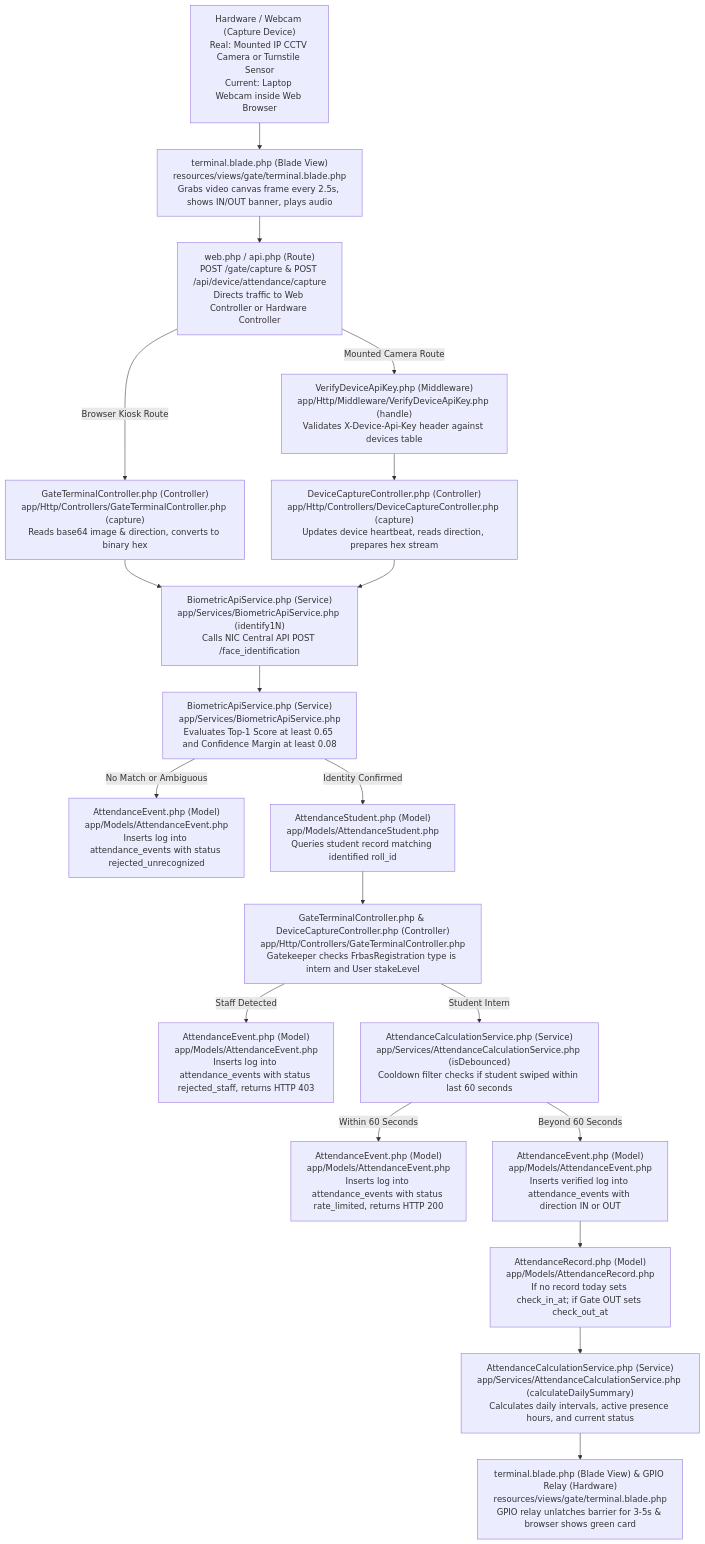
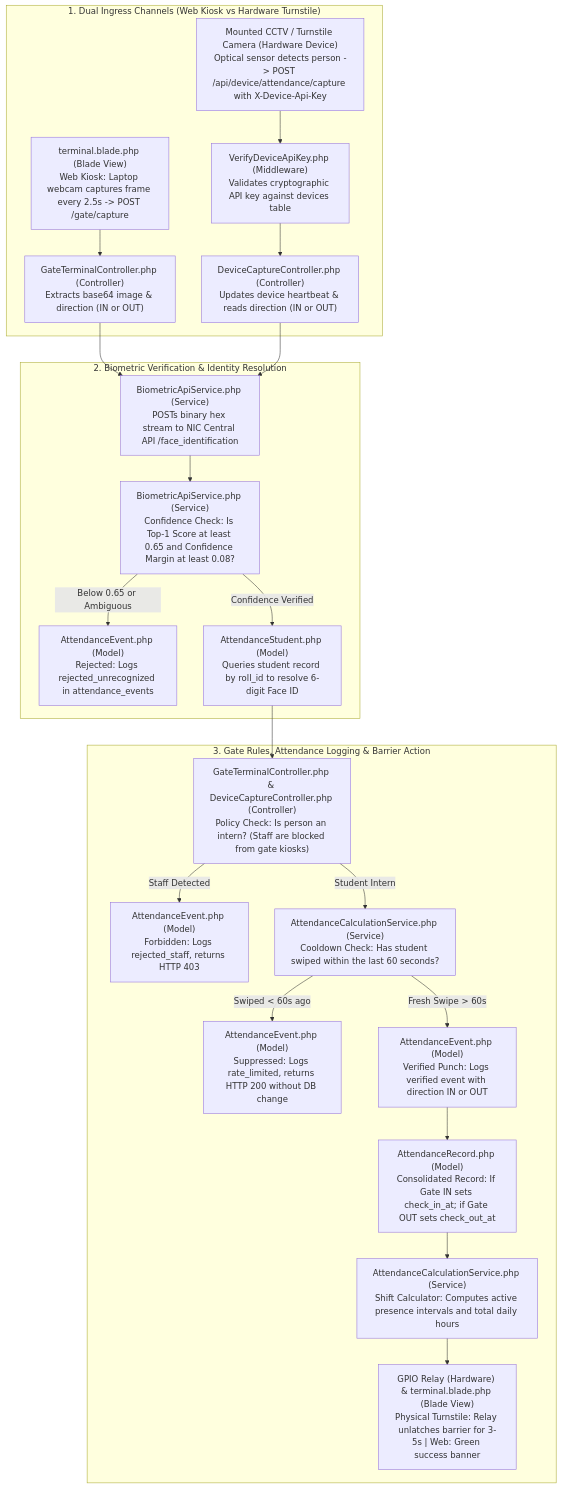
Before and after one commit to tanmayjoddar/dfd: the first of 8 diagrams in dfd.md, drawn with Mermaid. The commit also changed other lines of this file, not shown here.

````diff
--- a/dfd.md
+++ b/dfd.md
@@ -28,40 +33,56 @@
 ```mermaid
 flowchart TD
-    Step1["Hardware / Webcam (Capture Device)<br>Real: Mounted IP CCTV Camera or Turnstile Sensor<br>Current: Laptop Webcam inside Web Browser"]
-    Step2["terminal.blade.php (Blade View)<br>resources/views/gate/terminal.blade.php<br>Grabs video canvas frame every 2.5s, shows IN/OUT banner, plays audio"]
-    Step3["web.php / api.php (Route)<br>POST /gate/capture & POST /api/device/attendance/capture<br>Directs traffic to Web Controller or Hardware Controller"]
-    Step4A["GateTerminalController.php (Controller)<br>app/Http/Controllers/GateTerminalController.php (capture)<br>Reads base64 image & direction, converts to binary hex"]
-    Step4B["VerifyDeviceApiKey.php (Middleware)<br>app/Http/Middleware/VerifyDeviceApiKey.php (handle)<br>Validates X-Device-Api-Key header against devices table"]
-    Step4C["DeviceCaptureController.php (Controller)<br>app/Http/Controllers/DeviceCaptureController.php (capture)<br>Updates device heartbeat, reads direction, prepares hex stream"]
-    Step5["BiometricApiService.php (Service)<br>app/Services/BiometricApiService.php (identify1N)<br>Calls NIC Central API POST /face_identification"]
-    Step6["BiometricApiService.php (Service)<br>app/Services/BiometricApiService.php<br>Evaluates Top-1 Score at least 0.65 and Confidence Margin at least 0.08"]
-    Step7A["AttendanceEvent.php (Model)<br>app/Models/AttendanceEvent.php<br>Inserts log into attendance_events with status rejected_unrecognized"]
-    Step7B["AttendanceStudent.php (Model)<br>app/Models/AttendanceStudent.php<br>Queries student record matching identified roll_id"]
-    Step8["GateTerminalController.php & DeviceCaptureController.php (Controller)<br>app/Http/Controllers/GateTerminalController.php<br>Gatekeeper checks FrbasRegistration type is intern and User stakeLevel"]
-    Step8A["AttendanceEvent.php (Model)<br>app/Models/AttendanceEvent.php<br>Inserts log into attendance_events with status rejected_staff, returns HTTP 403"]
-    Step9["AttendanceCalculationService.php (Service)<br>app/Services/AttendanceCalculationService.php (isDebounced)<br>Cooldown filter checks if student swiped within last 60 seconds"]
-    Step9A["AttendanceEvent.php (Model)<br>app/Models/AttendanceEvent.php<br>Inserts log into attendance_events with status rate_limited, returns HTTP 200"]
-    Step10["AttendanceEvent.php (Model)<br>app/Models/AttendanceEvent.php<br>Inserts verified log into attendance_events with direction IN or OUT"]
-    Step11["AttendanceRecord.php (Model)<br>app/Models/AttendanceRecord.php<br>If no record today sets check_in_at; if Gate OUT sets check_out_at"]
-    Step12["AttendanceCalculationService.php (Service)<br>app/Services/AttendanceCalculationService.php (calculateDailySummary)<br>Calculates daily intervals, active presence hours, and current status"]
-    Step13["terminal.blade.php (Blade View) & GPIO Relay (Hardware)<br>resources/views/gate/terminal.blade.php<br>GPIO relay unlatches barrier for 3-5s & browser shows green card"]
+    %% INGRESS CHANNELS (WEB vs HARDWARE)
+    subgraph INGRESS["1. Dual Ingress Channels (Web Kiosk vs Hardware Turnstile)"]
+        In_Web["terminal.blade.php (Blade View)<br>Web Kiosk: Laptop webcam captures frame every 2.5s -> POST /gate/capture"]
+        In_Web_Ctrl["GateTerminalController.php (Controller)<br>Extracts base64 image & direction (IN or OUT)"]
+        
+        In_Hw["Mounted CCTV / Turnstile Camera (Hardware Device)<br>Optical sensor detects person -> POST /api/device/attendance/capture with X-Device-Api-Key"]
+        In_Hw_Mid["VerifyDeviceApiKey.php (Middleware)<br>Validates cryptographic API key against devices table"]
+        In_Hw_Ctrl["DeviceCaptureController.php (Controller)<br>Updates device heartbeat & reads direction (IN or OUT)"]
+    end
 
-    Step1 --> Step2
-    Step2 --> Step3
-    Step3 -->|Browser Kiosk Route| Step4A
-    Step3 -->|Mounted Camera Route| Step4B
-    Step4B --> Step4C
-    Step4A --> Step5
-    Step4C --> Step5
-    Step5 --> Step6
-    Step6 -->|No Match or Ambiguous| Step7A
-    Step6 -->|Identity Confirmed| Step7B
-    Step7B --> Step8
-    Step8 -->|Staff Detected| Step8A
-    Step8 -->|Student Intern| Step9
-    Step9 -->|Within 60 Seconds| Step9A
-    Step9 -->|Beyond 60 Seconds| Step10
-    Step10 --> Step11
-    Step11 --> Step12
-    Step12 --> Step13
+    %% UNIFIED BIOMETRIC SEARCH
+    subgraph BIOMETRIC["2. Biometric Verification & Identity Resolution"]
+        Bio_API["BiometricApiService.php (Service)<br>POSTs binary hex stream to NIC Central API /face_identification"]
+        Bio_Check["BiometricApiService.php (Service)<br>Confidence Check: Is Top-1 Score at least 0.65 and Confidence Margin at least 0.08?"]
+        Fail_Unknown["AttendanceEvent.php (Model)<br>Rejected: Logs rejected_unrecognized in attendance_events"]
+        Student_Lookup["AttendanceStudent.php (Model)<br>Queries student record by roll_id to resolve 6-digit Face ID"]
+    end
+
+    %% POLICIES & ATTENDANCE RECORDING
+    subgraph RULES["3. Gate Rules, Attendance Logging & Barrier Action"]
+        Rule_Staff["GateTerminalController.php & DeviceCaptureController.php (Controller)<br>Policy Check: Is person an intern? (Staff are blocked from gate kiosks)"]
+        Fail_Staff["AttendanceEvent.php (Model)<br>Forbidden: Logs rejected_staff, returns HTTP 403"]
+        
+        Rule_Debounce["AttendanceCalculationService.php (Service)<br>Cooldown Check: Has student swiped within the last 60 seconds?"]
+        Fail_Debounce["AttendanceEvent.php (Model)<br>Suppressed: Logs rate_limited, returns HTTP 200 without DB change"]
+        
+        Log_Verified["AttendanceEvent.php (Model)<br>Verified Punch: Logs verified event with direction IN or OUT"]
+        
+        Sync_Record["AttendanceRecord.php (Model)<br>Consolidated Record: If Gate IN sets check_in_at; if Gate OUT sets check_out_at"]
+        
+        Calc_Hours["AttendanceCalculationService.php (Service)<br>Shift Calculator: Computes active presence intervals and total daily hours"]
+        
+        Action_Barrier["GPIO Relay (Hardware) & terminal.blade.php (Blade View)<br>Physical Turnstile: Relay unlatches barrier for 3-5s | Web: Green success banner"]
+    end
+
+    %% WIRING
+    In_Web --> In_Web_Ctrl --> Bio_API
+    In_Hw --> In_Hw_Mid --> In_Hw_Ctrl --> Bio_API
+    
+    Bio_API --> Bio_Check
+    Bio_Check -->|Below 0.65 or Ambiguous| Fail_Unknown
+    Bio_Check -->|Confidence Verified| Student_Lookup
+    
+    Student_Lookup --> Rule_Staff
+    Rule_Staff -->|Staff Detected| Fail_Staff
+    Rule_Staff -->|Student Intern| Rule_Debounce
+    
+    Rule_Debounce -->|Swiped < 60s ago| Fail_Debounce
+    Rule_Debounce -->|Fresh Swipe > 60s| Log_Verified
+    
+    Log_Verified --> Sync_Record
+    Sync_Record --> Calc_Hours
+    Calc_Hours --> Action_Barrier
 ```
````
